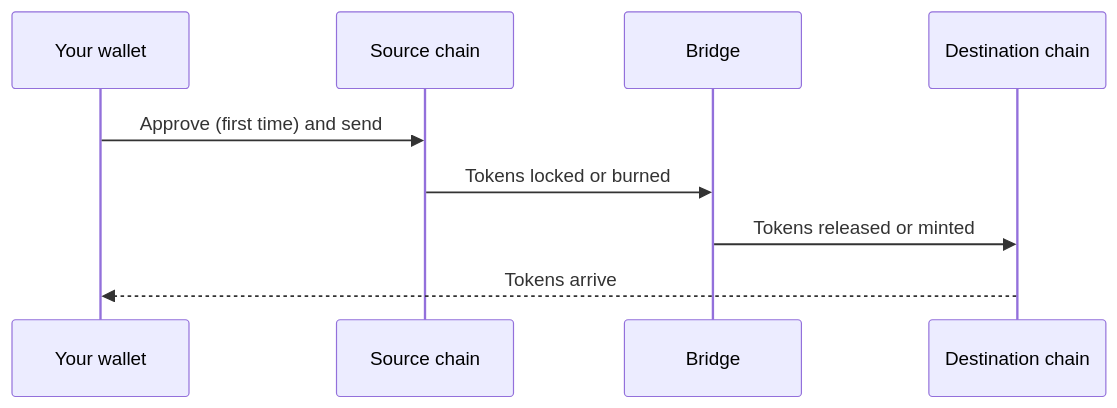
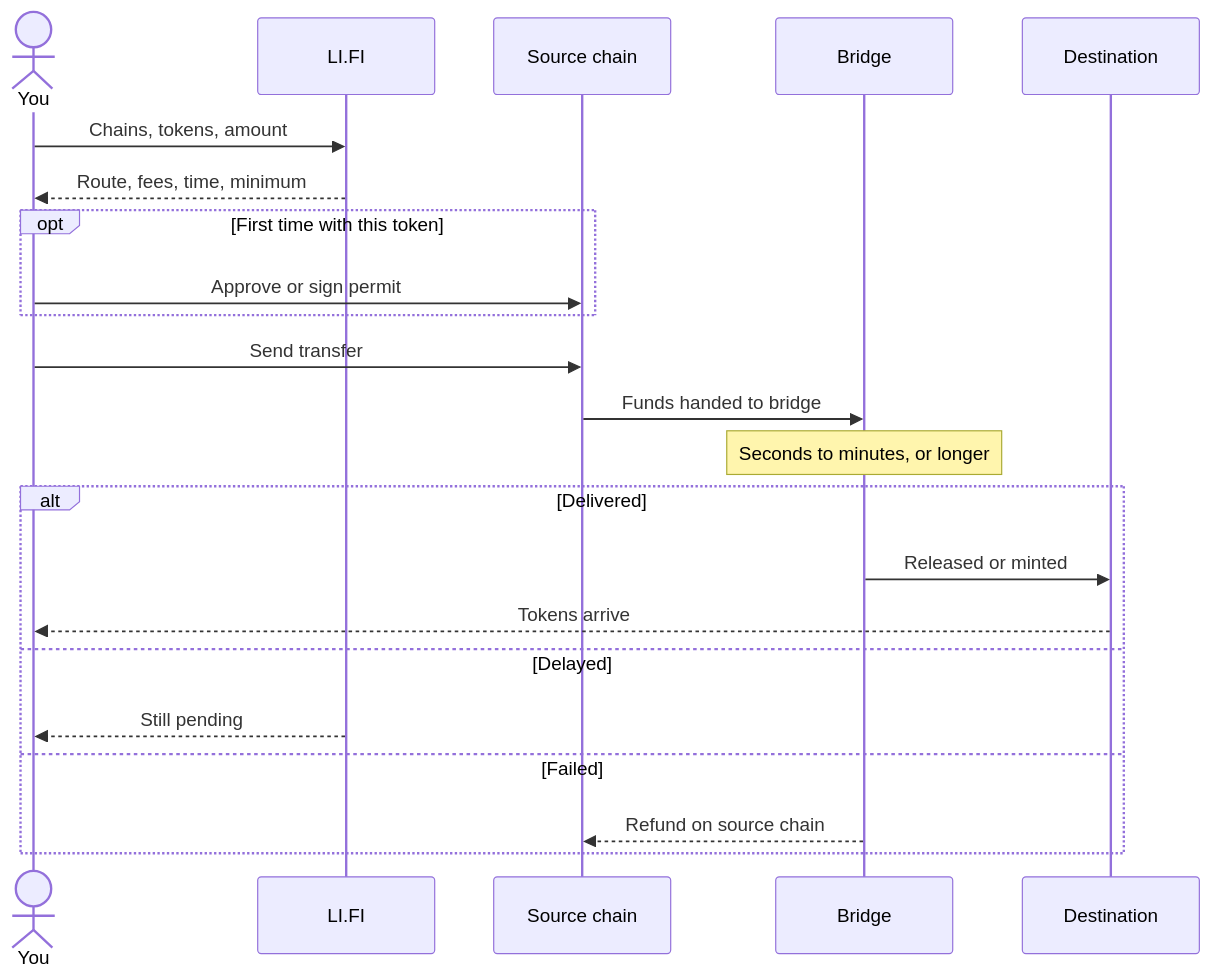
The diagram in docs/achswap/bridge.md (Asif2902/achswap-docs), drawn with Mermaid before and after one commit. The commit also changed other lines of this file and 38 other files, not shown here.

````diff
--- a/docs/achswap/bridge.md
+++ b/docs/achswap/bridge.md
@@ -18,11 +20,24 @@
 ```mermaid
 sequenceDiagram
-  participant W as Your wallet
+  actor You
+  participant LF as LI.FI
   participant S as Source chain
   participant B as Bridge
-  participant D as Destination chain
-  W->>S: Approve (first time) and send
-  S->>B: Tokens locked or burned
-  B->>D: Tokens released or minted
-  D-->>W: Tokens arrive
+  participant D as Destination
+  You->>LF: Chains, tokens, amount
+  LF-->>You: Route, fees, time, minimum
+  opt First time with this token
+    You->>S: Approve or sign permit
+  end
+  You->>S: Send transfer
+  S->>B: Funds handed to bridge
+  Note over B: Seconds to minutes, or longer
+  alt Delivered
+    B->>D: Released or minted
+    D-->>You: Tokens arrive
+  else Delayed
+    LF-->>You: Still pending
+  else Failed
+    B-->>S: Refund on source chain
+  end
 ```
````
